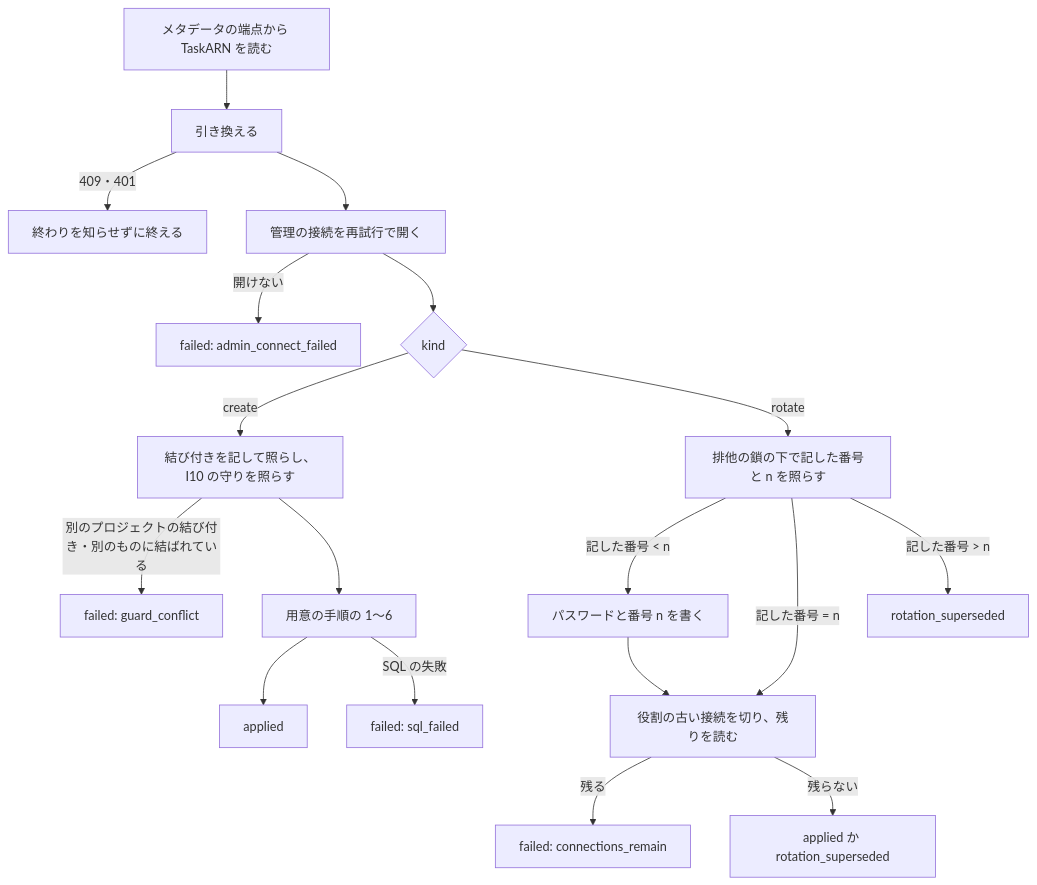
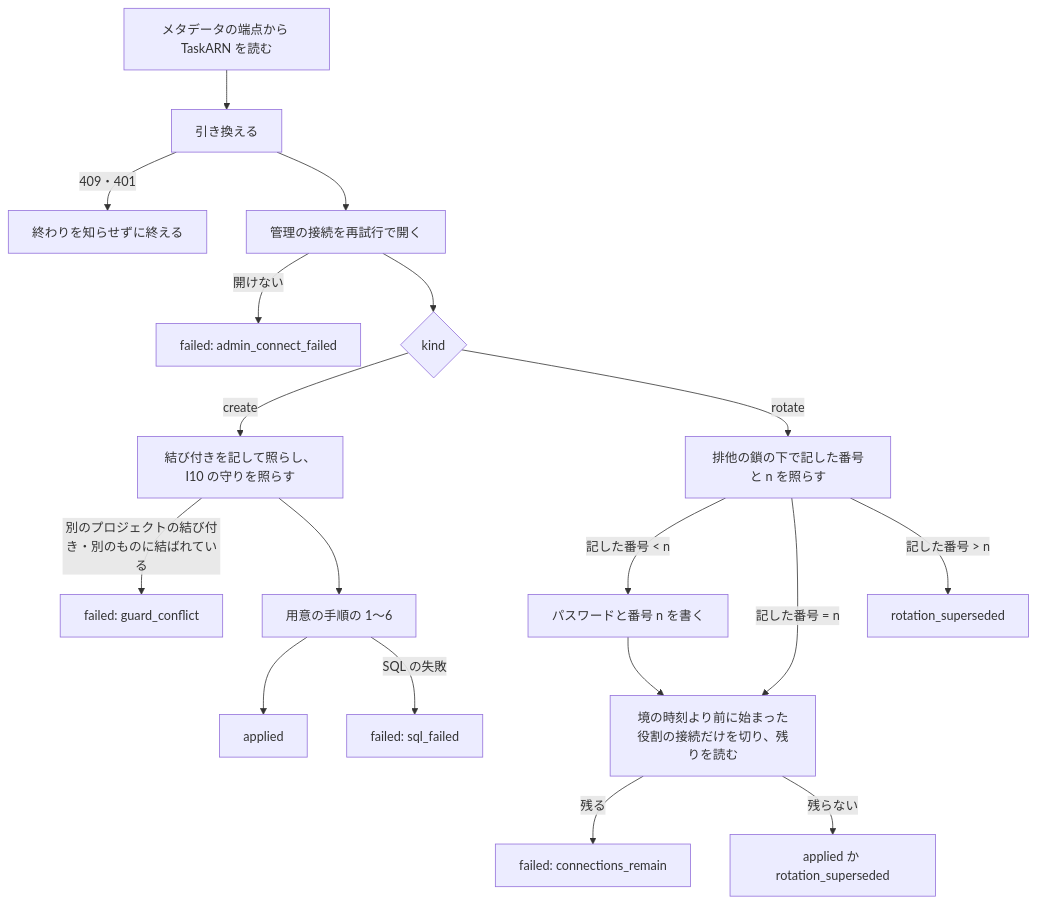
The third of 4 diagrams in issues/issue-13-design.md (devbasex/nd-factory), drawn with Mermaid before and after one commit. The commit also changed other lines of this file and 1 other file, not shown here.

````diff
--- a/issues/issue-13-design.md
+++ b/issues/issue-13-design.md
@@ -182,19 +182,19 @@
 ```mermaid
 flowchart TD
     A[メタデータの端点から TaskARN を読む] --> B[引き換える]
     B -->|409・401| X[終わりを知らせずに終える]
     B --> C[管理の接続を再試行で開く]
     C -->|開けない| F1[failed: admin_connect_failed]
     C --> D{kind}
     D -->|create| G[結び付きを記して照らし、I10 の守りを照らす]
     G -->|別のプロジェクトの結び付き・別のものに結ばれている| F2[failed: guard_conflict]
     G --> H[用意の手順の 1〜6]
     H --> OK[applied]
     D -->|rotate| R[排他の鎖の下で記した番号と n を照らす]
-    R -->|記した番号 < n| W[パスワードと番号 n を書く] --> K[役割の古い接続を切り、残りを読む]
+    R -->|記した番号 < n| W[パスワードと番号 n を書く] --> K[境の時刻より前に始まった役割の接続だけを切り、残りを読む]
     R -->|記した番号 = n| K
     R -->|記した番号 > n| S[rotation_superseded]
     K -->|残る| F3[failed: connections_remain]
     K -->|残らない| OK2[applied か rotation_superseded]
     H -->|SQL の失敗| F4[failed: sql_failed]
 ```
````
